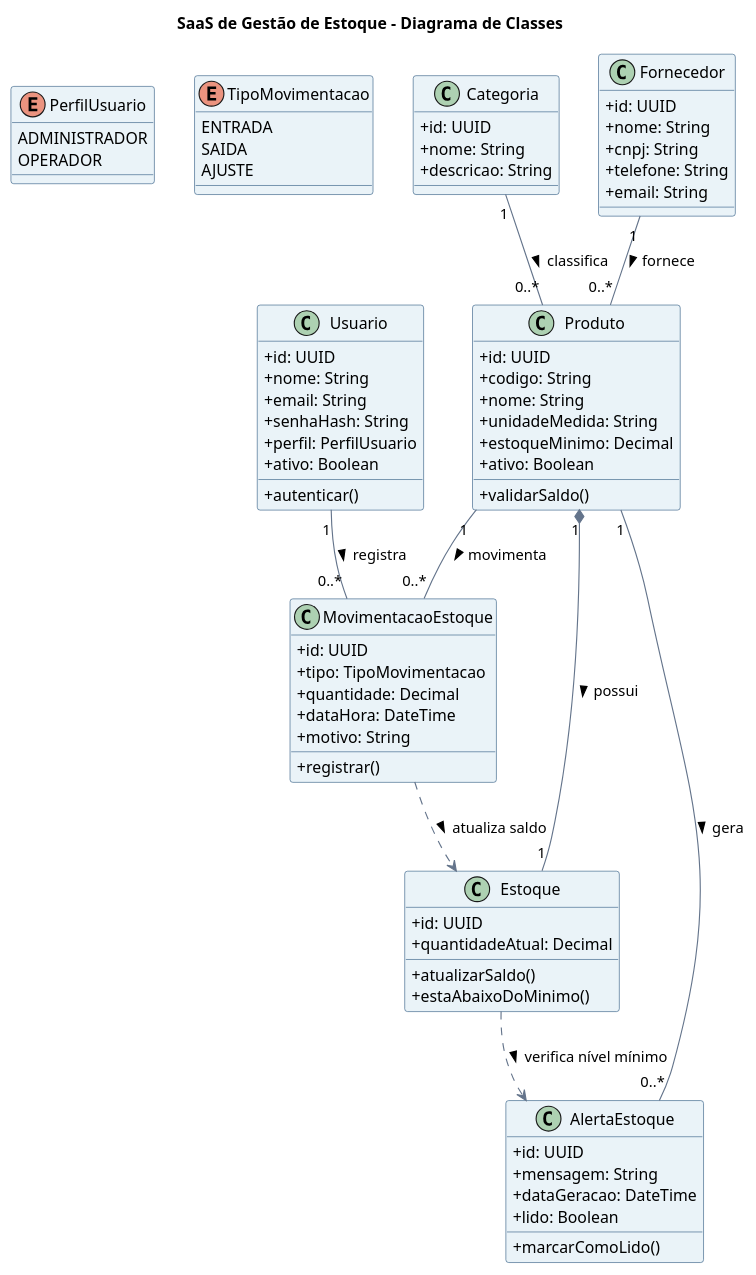
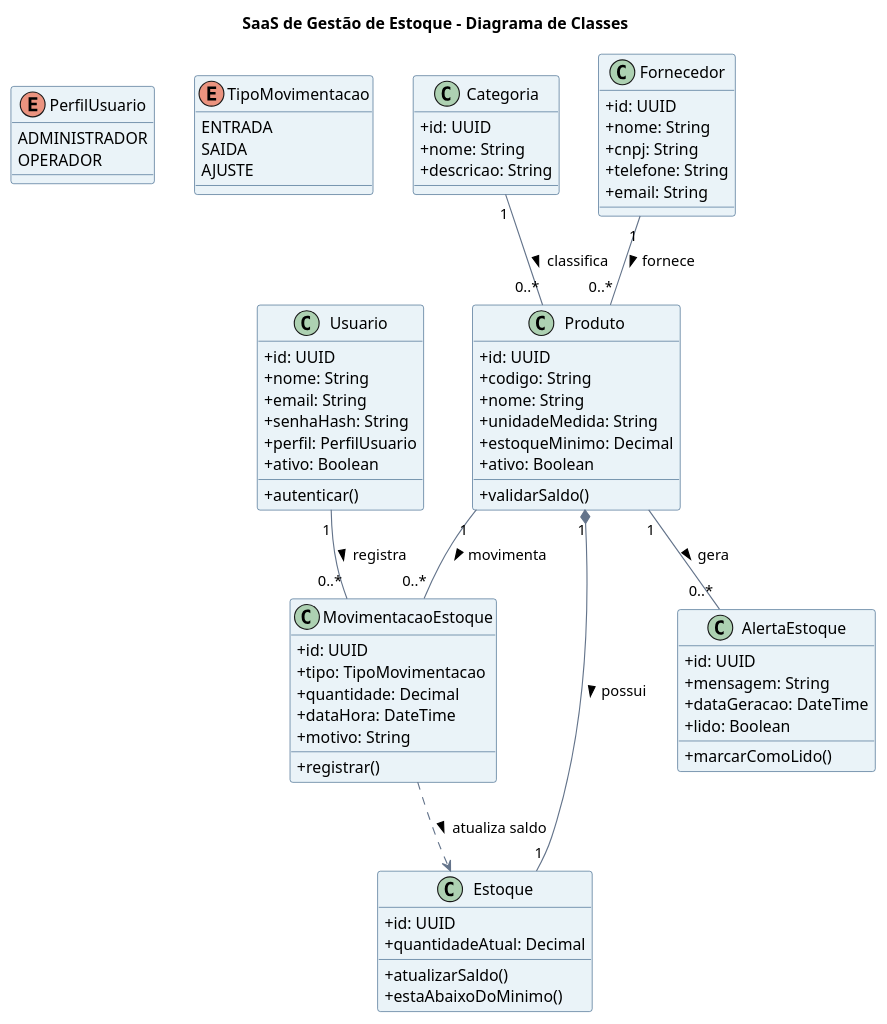
Before and after one commit to marceloohenr/sistema-estoque: the diagram in documentacao/uml/diagrama-classes.puml, drawn with PlantUML. The commit also changed 41 other files, not shown here.

```diff
--- a/documentacao/uml/diagrama-classes.puml
+++ b/documentacao/uml/diagrama-classes.puml
@@ -1,88 +1,87 @@
 @startuml
 title SaaS de Gestão de Estoque - Diagrama de Classes
 skinparam classAttributeIconSize 0
 skinparam shadowing false
 skinparam class {
   BackgroundColor #EAF3F8
   BorderColor #1F4E78
   ArrowColor #64748B
 }
 
 enum PerfilUsuario {
   ADMINISTRADOR
   OPERADOR
 }
 
 enum TipoMovimentacao {
   ENTRADA
   SAIDA
   AJUSTE
 }
 
 class Usuario {
   +id: UUID
   +nome: String
   +email: String
   +senhaHash: String
   +perfil: PerfilUsuario
   +ativo: Boolean
   +autenticar()
 }
 
 class Categoria {
   +id: UUID
   +nome: String
   +descricao: String
 }
 
 class Fornecedor {
   +id: UUID
   +nome: String
   +cnpj: String
   +telefone: String
   +email: String
 }
 
 class Produto {
   +id: UUID
   +codigo: String
   +nome: String
   +unidadeMedida: String
   +estoqueMinimo: Decimal
   +ativo: Boolean
   +validarSaldo()
 }
 
 class Estoque {
   +id: UUID
   +quantidadeAtual: Decimal
   +atualizarSaldo()
   +estaAbaixoDoMinimo()
 }
 
 class MovimentacaoEstoque {
   +id: UUID
   +tipo: TipoMovimentacao
   +quantidade: Decimal
   +dataHora: DateTime
   +motivo: String
   +registrar()
 }
 
 class AlertaEstoque {
   +id: UUID
   +mensagem: String
   +dataGeracao: DateTime
   +lido: Boolean
   +marcarComoLido()
 }
 
 Categoria "1" -- "0..*" Produto : classifica >
 Fornecedor "1" -- "0..*" Produto : fornece >
 Produto "1" *-- "1" Estoque : possui >
 Produto "1" -- "0..*" MovimentacaoEstoque : movimenta >
 Usuario "1" -- "0..*" MovimentacaoEstoque : registra >
 Produto "1" -- "0..*" AlertaEstoque : gera >
-Estoque ..> AlertaEstoque : verifica nível mínimo >
 MovimentacaoEstoque ..> Estoque : atualiza saldo >
 @enduml
```
